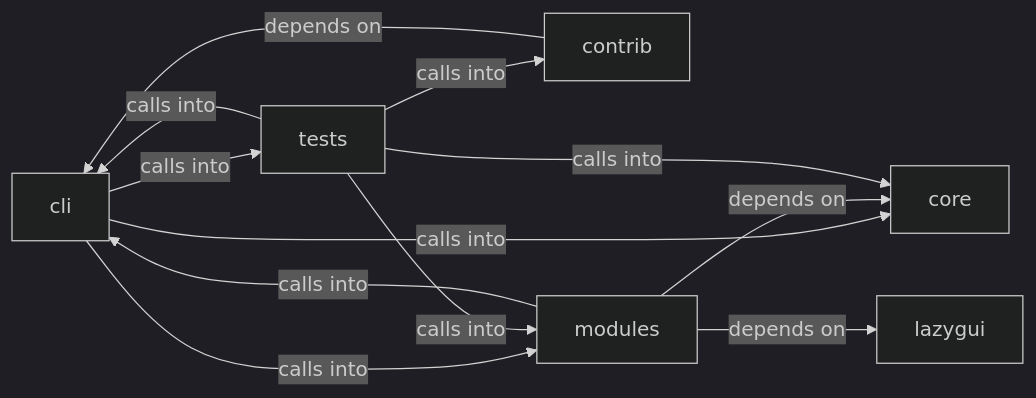
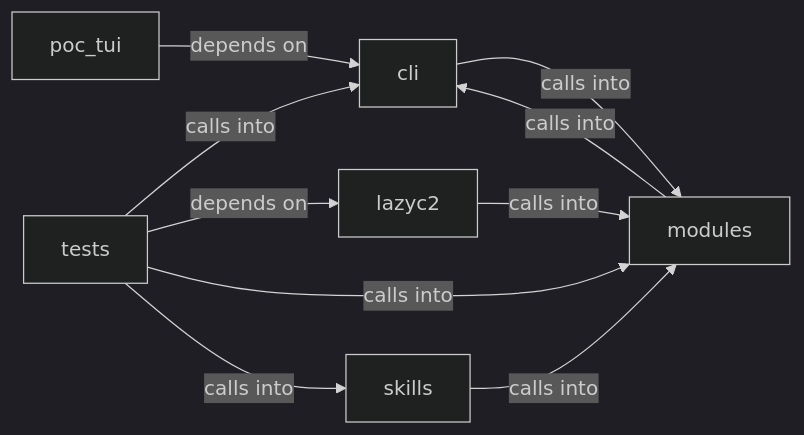
Before and after one commit to grisuno/LazyOwn: the diagram in readmenator-diagrams/modules_world_model.md, drawn with Mermaid (dark theme). The commit also changed other lines of this file and 415 other files, not shown here.

````diff
--- a/readmenator-diagrams/modules_world_model.md
+++ b/readmenator-diagrams/modules_world_model.md
@@ -5,20 +5,18 @@
 ```mermaid
 graph LR
     cli["cli"]
-    contrib["contrib"]
-    core["core"]
-    lazygui["lazygui"]
+    lazyc2["lazyc2"]
     modules["modules"]
+    poc_tui["poc_tui"]
+    skills["skills"]
     tests["tests"]
-    cli -- "calls into" --> core
     cli -- "calls into" --> modules
-    cli -- "calls into" --> tests
-    contrib -- "depends on" --> cli
+    lazyc2 -- "calls into" --> modules
     modules -- "calls into" --> cli
-    modules -- "depends on" --> core
-    modules -- "depends on" --> lazygui
+    poc_tui -- "depends on" --> cli
+    skills -- "calls into" --> modules
     tests -- "calls into" --> cli
-    tests -- "calls into" --> contrib
-    tests -- "calls into" --> core
+    tests -- "depends on" --> lazyc2
     tests -- "calls into" --> modules
+    tests -- "calls into" --> skills
 ```
````
